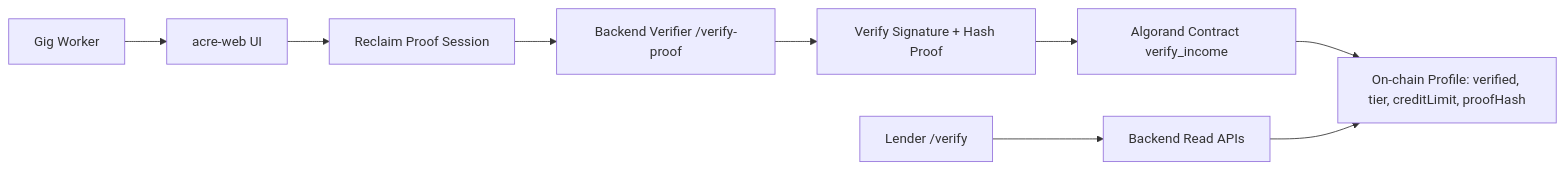
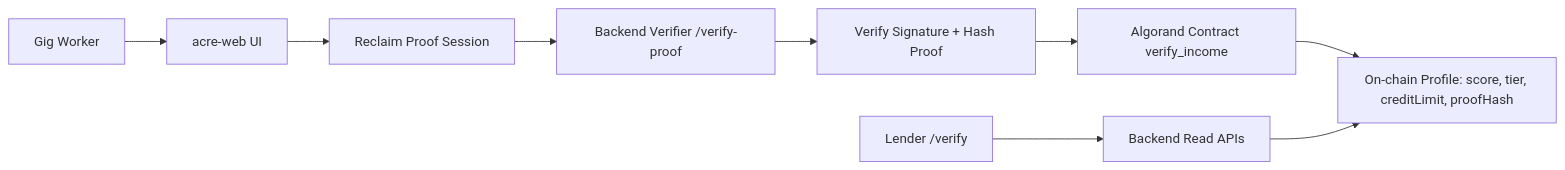
The diagram in README.md (SomehowLiving/Acre-web), drawn with Mermaid before and after one commit. The commit also changed other lines of this file and 10 other files, not shown here.

Commit message:
feat: implement Digi AlgoPlonk local proof generation flow

````diff
--- a/README.md
+++ b/README.md
@@ -57,11 +57,11 @@
 ```mermaid
 flowchart LR
   A[Gig Worker] --> B[acre-web UI]
   B --> C[Reclaim Proof Session]
   C --> D[Backend Verifier /verify-proof]
   D --> E[Verify Signature + Hash Proof]
   E --> F[Algorand Contract verify_income]
-  F --> G[On-chain Profile: verified, tier, creditLimit, proofHash]
+  F --> G[On-chain Profile: score, tier, creditLimit, proofHash]
   H[Lender /verify] --> I[Backend Read APIs]
   I --> G
 ```
````
